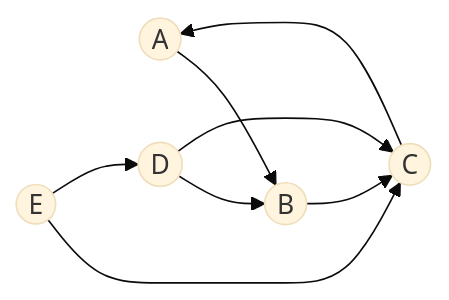
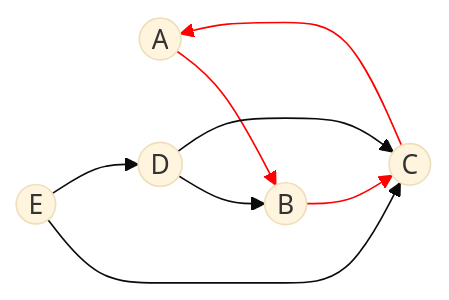
One commit to craft-code-club/blog-c3 changed the fifth of 8 diagrams in _content/posts/dsa-topological-sorting.md. Above: the diagram before and after it, drawn with Mermaid (base theme).

Commit message:
fix: Add link styles to topological sorting diagram for better visualization

````diff
--- a/_content/posts/dsa-topological-sorting.md
+++ b/_content/posts/dsa-topological-sorting.md
@@ -71,10 +71,12 @@
 ```mermaid
 graph LR
   A((A)) --> B
   B((B)) --> C
   C((C)) --> A
   D((D)) --> B
   D --> C
   E((E)) --> C
   E --> D
+
+  linkStyle 0,1,2 stroke:#f00
 ```
````
